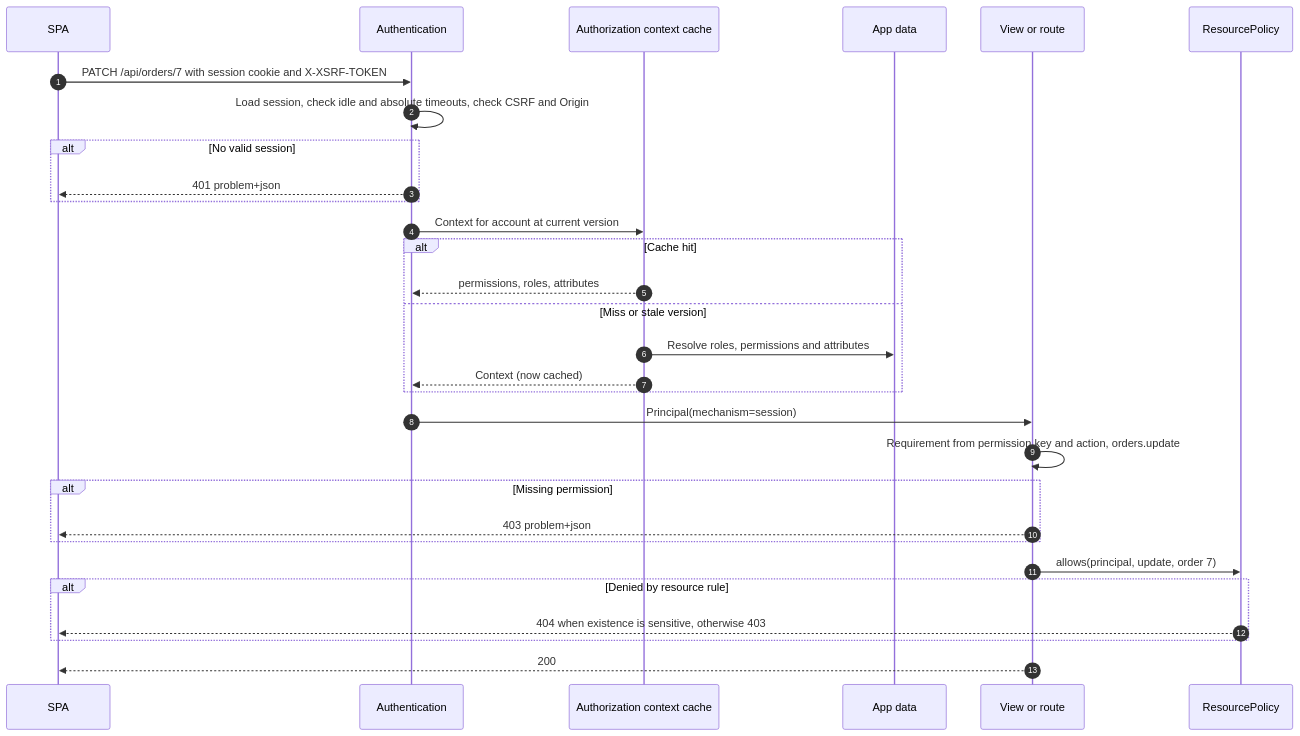
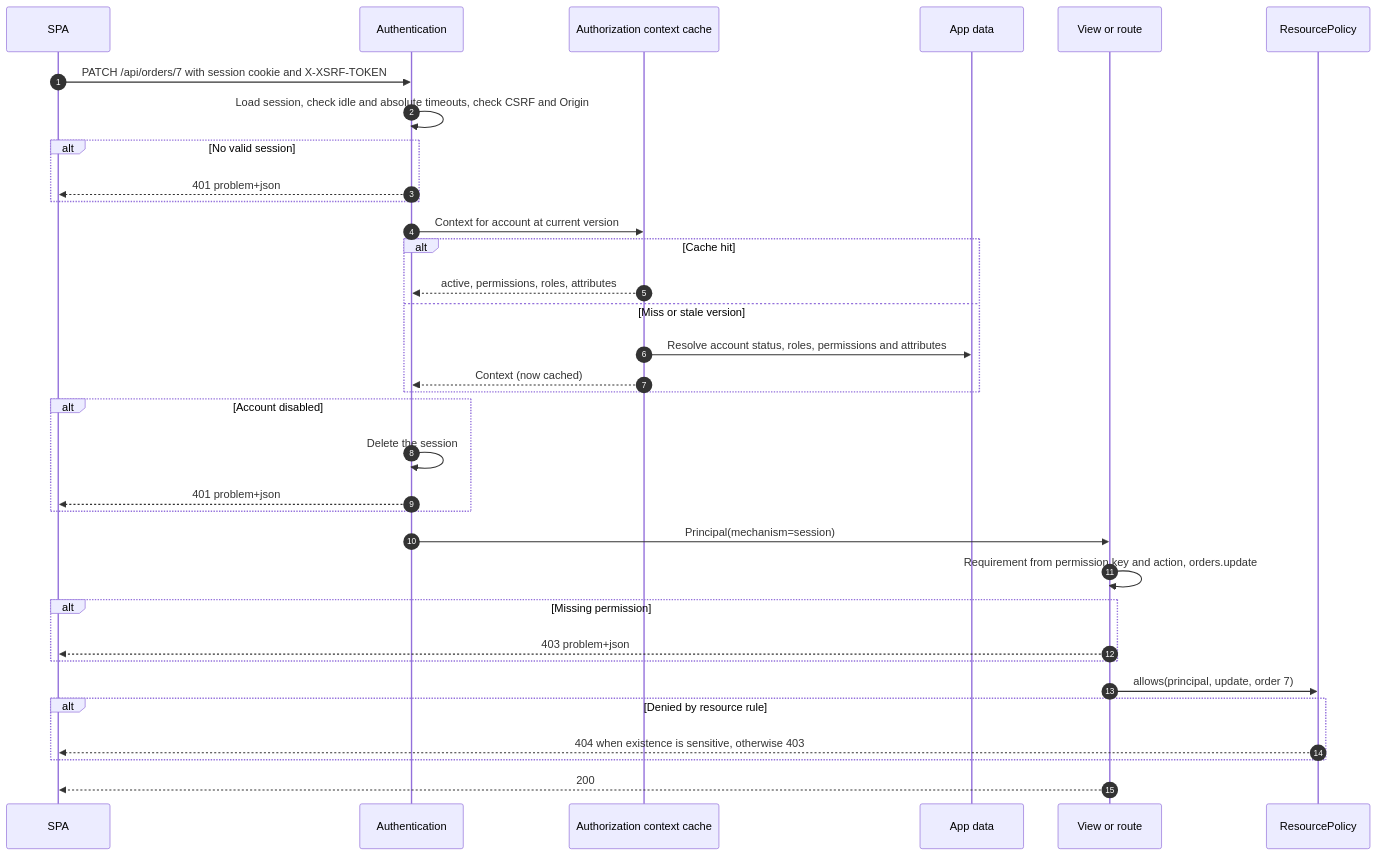
Before and after one commit to rn-forge/pykit: the seventh of 12 diagrams in docs/specs/epics/E13-auth/design.md, drawn with Mermaid. The commit also changed other lines of this file and 9 other files, not shown here.

````diff
--- a/docs/specs/epics/E13-auth/design.md
+++ b/docs/specs/epics/E13-auth/design.md
@@ -512,32 +580,36 @@
 ```mermaid
 sequenceDiagram
   autonumber
   participant SPA
   participant AN as Authentication
   participant AZ as Authorization context cache
   participant DB as App data
   participant V as View or route
   participant POL as ResourcePolicy
   SPA->>AN: PATCH /api/orders/7 with session cookie and X-XSRF-TOKEN
   AN->>AN: Load session, check idle and absolute timeouts, check CSRF and Origin
   alt No valid session
     AN-->>SPA: 401 problem+json
   end
   AN->>AZ: Context for account at current version
   alt Cache hit
-    AZ-->>AN: permissions, roles, attributes
+    AZ-->>AN: active, permissions, roles, attributes
   else Miss or stale version
-    AZ->>DB: Resolve roles, permissions and attributes
+    AZ->>DB: Resolve account status, roles, permissions and attributes
     AZ-->>AN: Context (now cached)
+  end
+  alt Account disabled
+    AN->>AN: Delete the session
+    AN-->>SPA: 401 problem+json
   end
   AN->>V: Principal(mechanism=session)
   V->>V: Requirement from permission key and action, orders.update
   alt Missing permission
     V-->>SPA: 403 problem+json
   end
   V->>POL: allows(principal, update, order 7)
   alt Denied by resource rule
     POL-->>SPA: 404 when existence is sensitive, otherwise 403
   end
   V-->>SPA: 200
 ```
````
